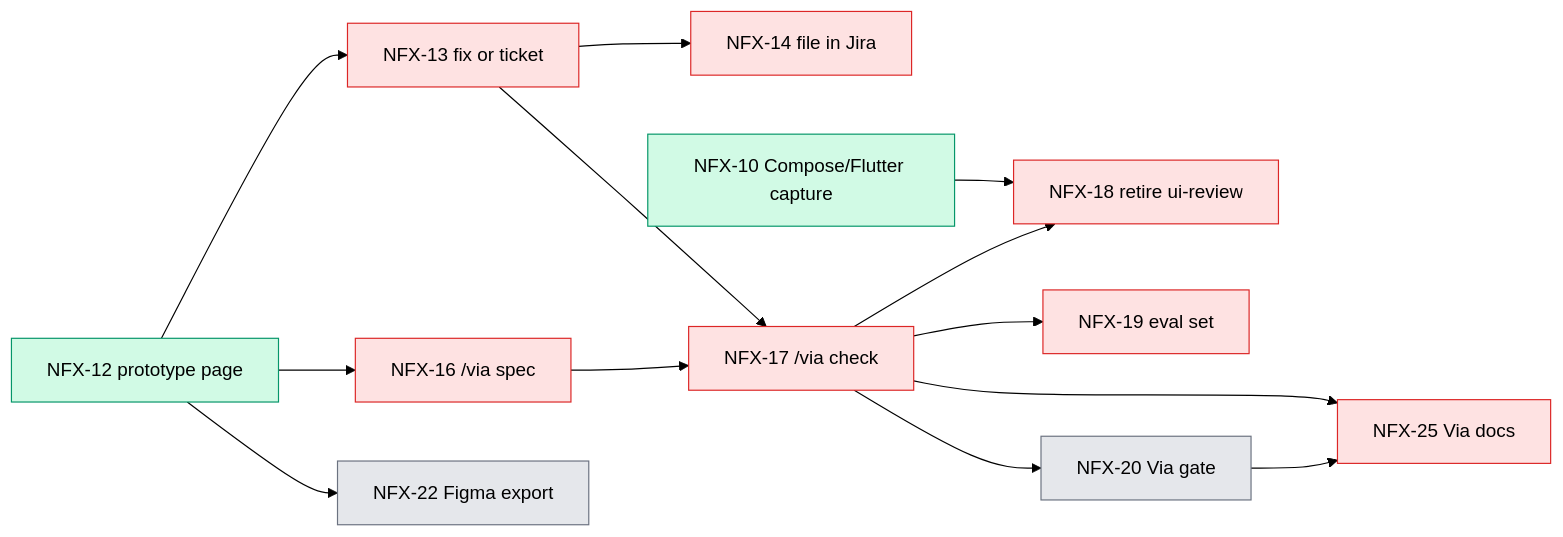
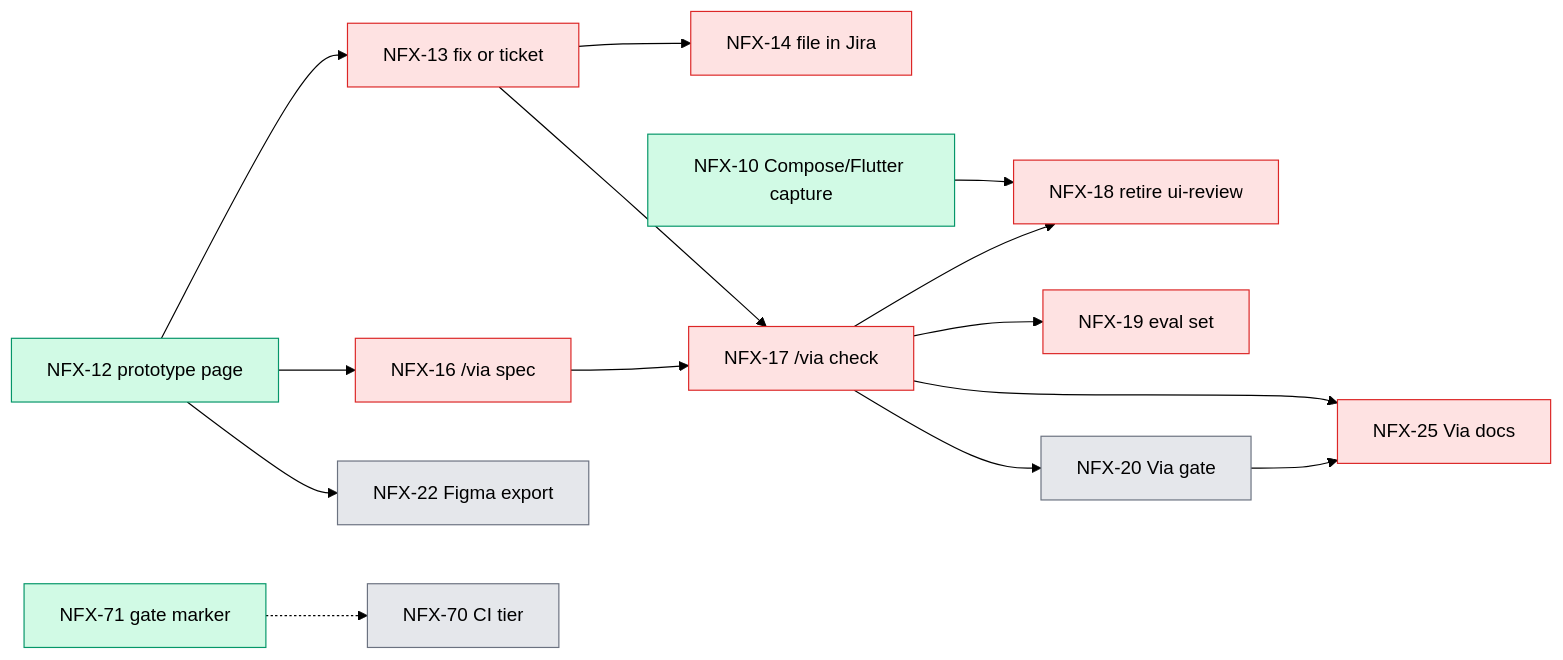
Before and after one commit to ctorres345/NousFX: the diagram in docs/ROADMAP.md, drawn with Mermaid (forest theme). The commit also changed other lines of this file, not shown here.

Commit message:
NFX-34: refresh the roadmap after NFX-31, 32 and 51 merged

````diff
--- a/docs/ROADMAP.md
+++ b/docs/ROADMAP.md
@@ -53,21 +51,22 @@
 ```mermaid
 flowchart LR
   A12["NFX-12 prototype page"] --> A13["NFX-13 fix or ticket"]
   A12 --> A16["NFX-16 /via spec"]
   A12 --> A22["NFX-22 Figma export"]
   A13 --> A14["NFX-14 file in Jira"]
   A13 --> A17["NFX-17 /via check"]
   A16 --> A17
   A10["NFX-10 Compose/Flutter capture"] --> A18["NFX-18 retire ui-review"]
   A17 --> A18
   A17 --> A19["NFX-19 eval set"]
   A17 --> A20["NFX-20 Via gate"]
   A17 --> A25["NFX-25 Via docs"]
   A20 --> A25
+  A71["NFX-71 gate marker"] -.-> A70["NFX-70 CI tier"]
   classDef next fill:#d1fae5,stroke:#059669
   classDef blocked fill:#fee2e2,stroke:#dc2626
   classDef later fill:#e5e7eb,stroke:#6b7280
-  class A12,A10 next
+  class A12,A10,A71 next
   class A13,A14,A16,A17,A18,A19,A25 blocked
-  class A20,A22 later
+  class A20,A22,A70 later
 ```
````
